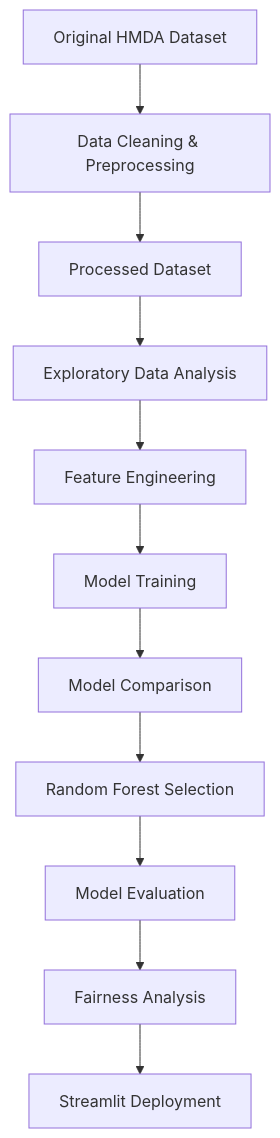
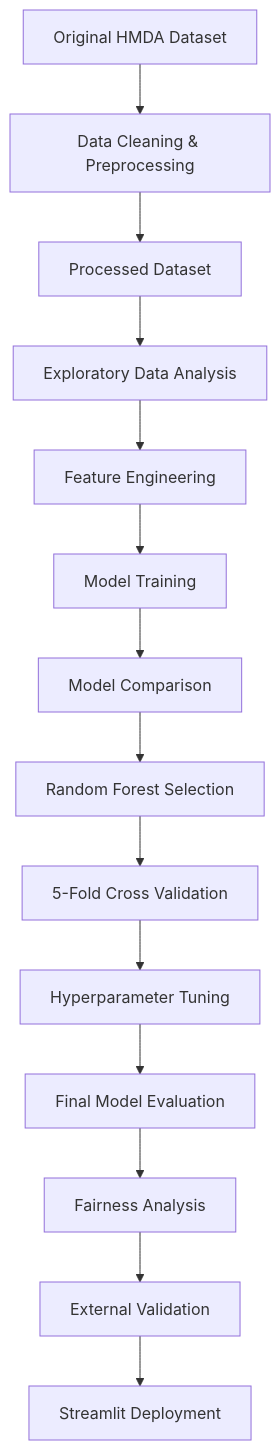
The diagram in README.md (samaandrea10/Mortgage-Approval-Prediction), drawn with Mermaid before and after one commit. The commit also changed other lines of this file, not shown here.

````diff
--- a/README.md
+++ b/README.md
@@ -62,14 +74,17 @@
 ```mermaid
 flowchart TD
     A[Original HMDA Dataset]
     A --> B[Data Cleaning & Preprocessing]
     B --> C[Processed Dataset]
     C --> D[Exploratory Data Analysis]
     D --> E[Feature Engineering]
     E --> F[Model Training]
     F --> G[Model Comparison]
     G --> H[Random Forest Selection]
-    H --> I[Model Evaluation]
-    I --> J[Fairness Analysis]
-    J --> K[Streamlit Deployment]
+    H --> I[5-Fold Cross Validation]
+    I --> J[Hyperparameter Tuning]
+    J --> K[Final Model Evaluation]
+    K --> L[Fairness Analysis]
+    L --> M[External Validation]
+    M --> N[Streamlit Deployment]
 ```
````
